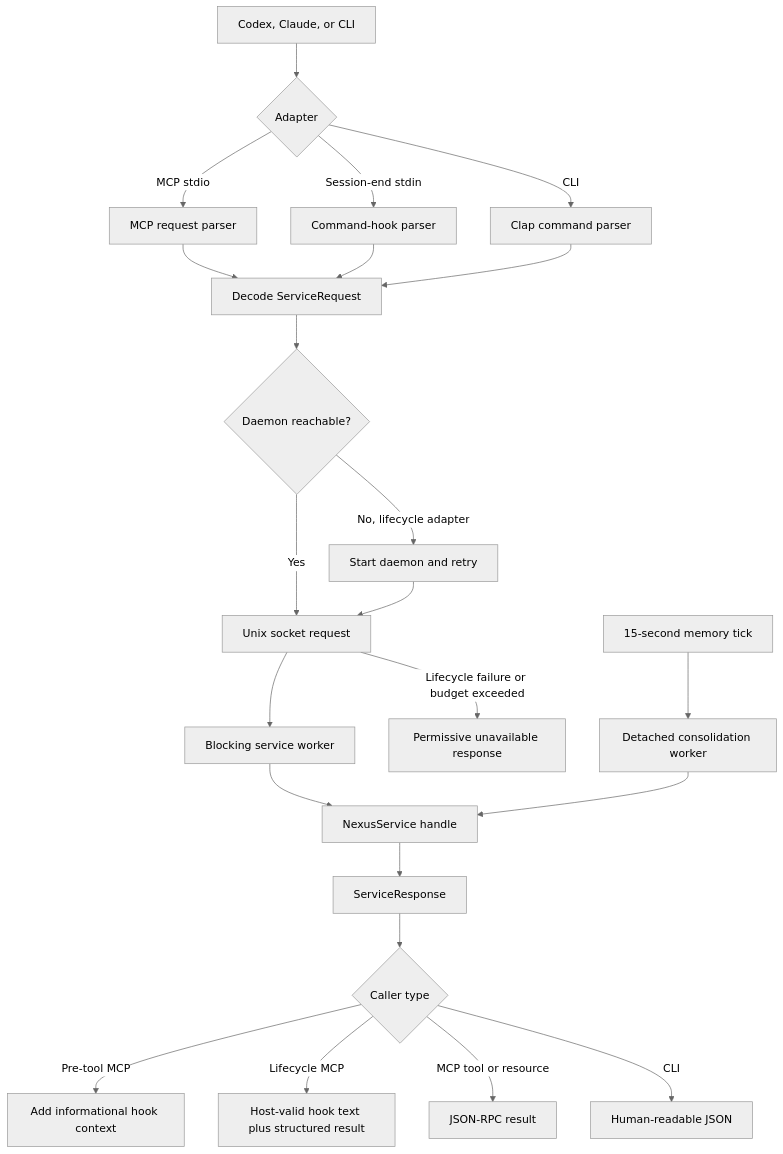
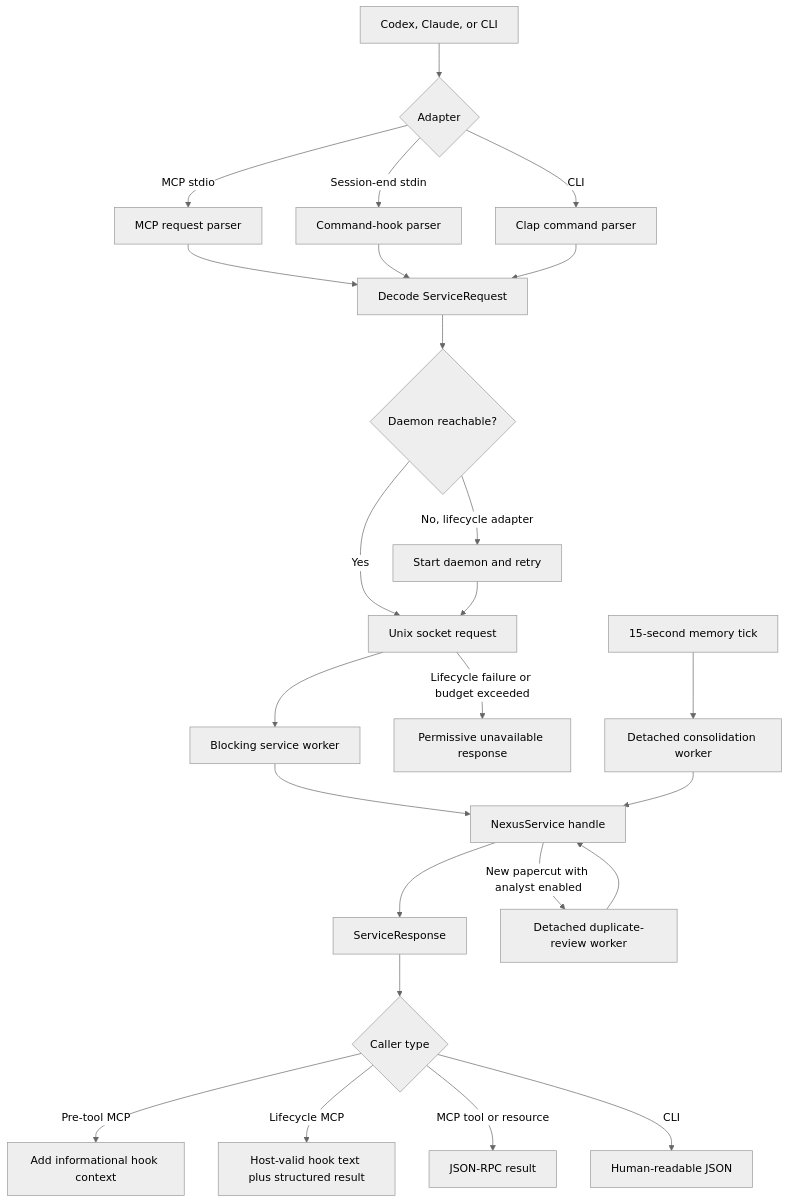
Before and after one commit to warrenronsiek/nexus: the diagram in docs/features/runtime.md, drawn with Mermaid (neutral theme). The commit also changed other lines of this file and 40 other files, not shown here.

````diff
--- a/docs/features/runtime.md
+++ b/docs/features/runtime.md
@@ -17,25 +17,27 @@
 ```mermaid
 flowchart TD
     A[Codex, Claude, or CLI] --> B{Adapter}
     B -->|MCP stdio| C[MCP request parser]
     B -->|Session-end stdin| P[Command-hook parser]
     B -->|CLI| D[Clap command parser]
     C --> E[Decode ServiceRequest]
     P --> E
     D --> E
     E --> F{Daemon reachable?}
     F -->|No, lifecycle adapter| G[Start daemon and retry]
     F -->|Yes| H[Unix socket request]
     G --> H
     H --> R[Blocking service worker]
     R --> I[NexusService handle]
     I --> J[ServiceResponse]
     J --> K{Caller type}
     K -->|Pre-tool MCP| L[Add informational hook context]
     K -->|Lifecycle MCP| M[Host-valid hook text plus structured result]
     K -->|MCP tool or resource| N[JSON-RPC result]
     K -->|CLI| O[Human-readable JSON]
     H -->|Lifecycle failure or budget exceeded| Q[Permissive unavailable response]
     T[15-second memory tick] --> U[Detached consolidation worker]
     U --> I
+    I -->|New papercut with analyst enabled| V[Detached duplicate-review worker]
+    V --> I
 ```
````
